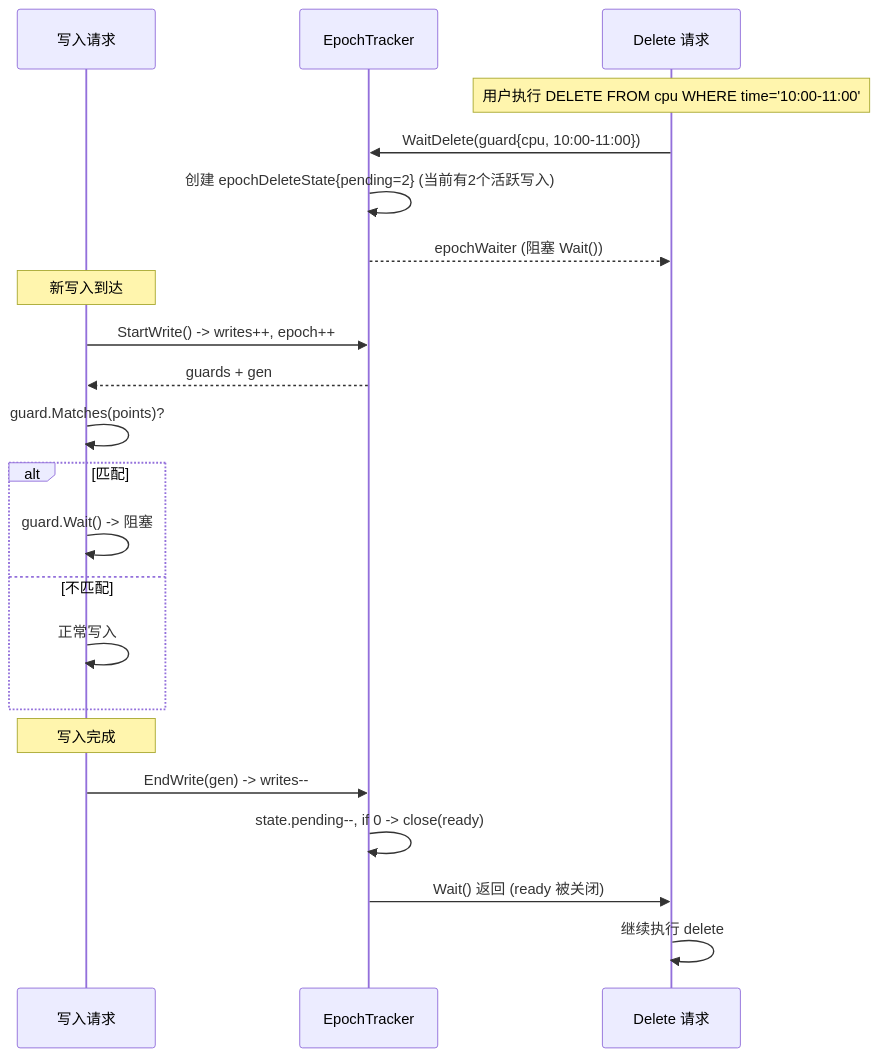
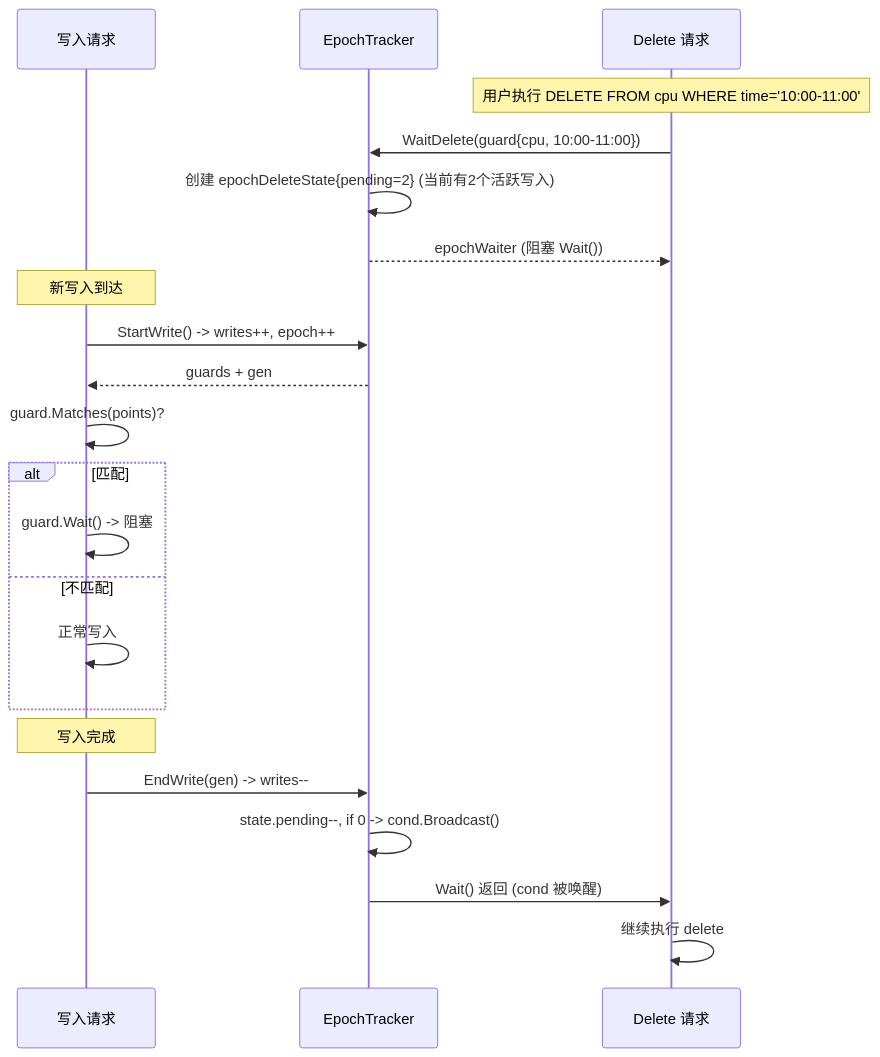
The fourth of 15 diagrams in docs/specs/06_cluster_communication_spec.md (stefanv5/influxdb), drawn with Mermaid before and after one commit. The commit also changed other lines of this file and 16 other files, not shown here.

First line of the commit message:
docs: correct and deepen the 17 architecture specs

````diff
--- a/docs/specs/06_cluster_communication_spec.md
+++ b/docs/specs/06_cluster_communication_spec.md
@@ -842,28 +829,28 @@
 ```mermaid
 sequenceDiagram
     participant Writer as 写入请求
     participant Epoch as EpochTracker
     participant Delete as Delete 请求
 
     Note over Delete: 用户执行 DELETE FROM cpu WHERE time='10:00-11:00'
     Delete->>Epoch: WaitDelete(guard{cpu, 10:00-11:00})
     Epoch->>Epoch: 创建 epochDeleteState{pending=2} (当前有2个活跃写入)
     Epoch-->>Delete: epochWaiter (阻塞 Wait())
 
     Note over Writer: 新写入到达
     Writer->>Epoch: StartWrite() -> writes++, epoch++
     Epoch-->>Writer: guards + gen
 
     Writer->>Writer: guard.Matches(points)?
     alt 匹配
         Writer->>Writer: guard.Wait() -> 阻塞
     else 不匹配
         Writer->>Writer: 正常写入
     end
 
     Note over Writer: 写入完成
     Writer->>Epoch: EndWrite(gen) -> writes--
-    Epoch->>Epoch: state.pending--, if 0 -> close(ready)
-    Epoch->>Delete: Wait() 返回 (ready 被关闭)
+    Epoch->>Epoch: state.pending--, if 0 -> cond.Broadcast()
+    Epoch->>Delete: Wait() 返回 (cond 被唤醒)
     Delete->>Delete: 继续执行 delete
 ```
````
